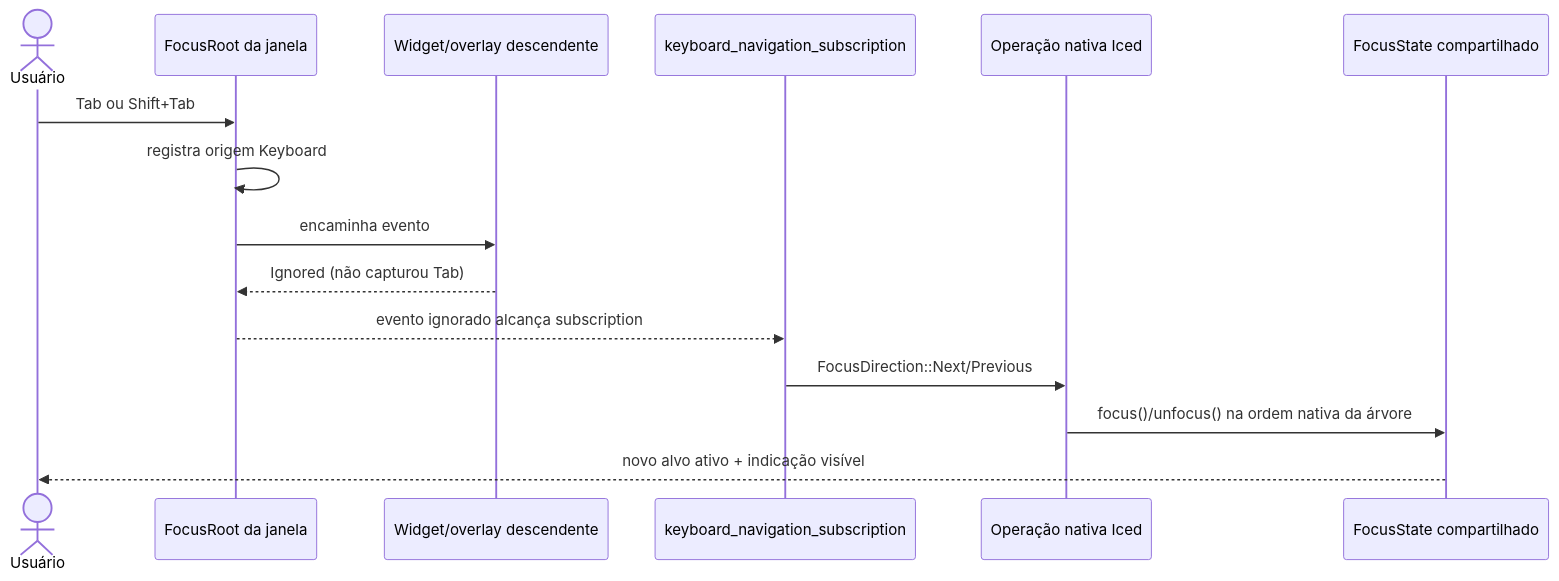
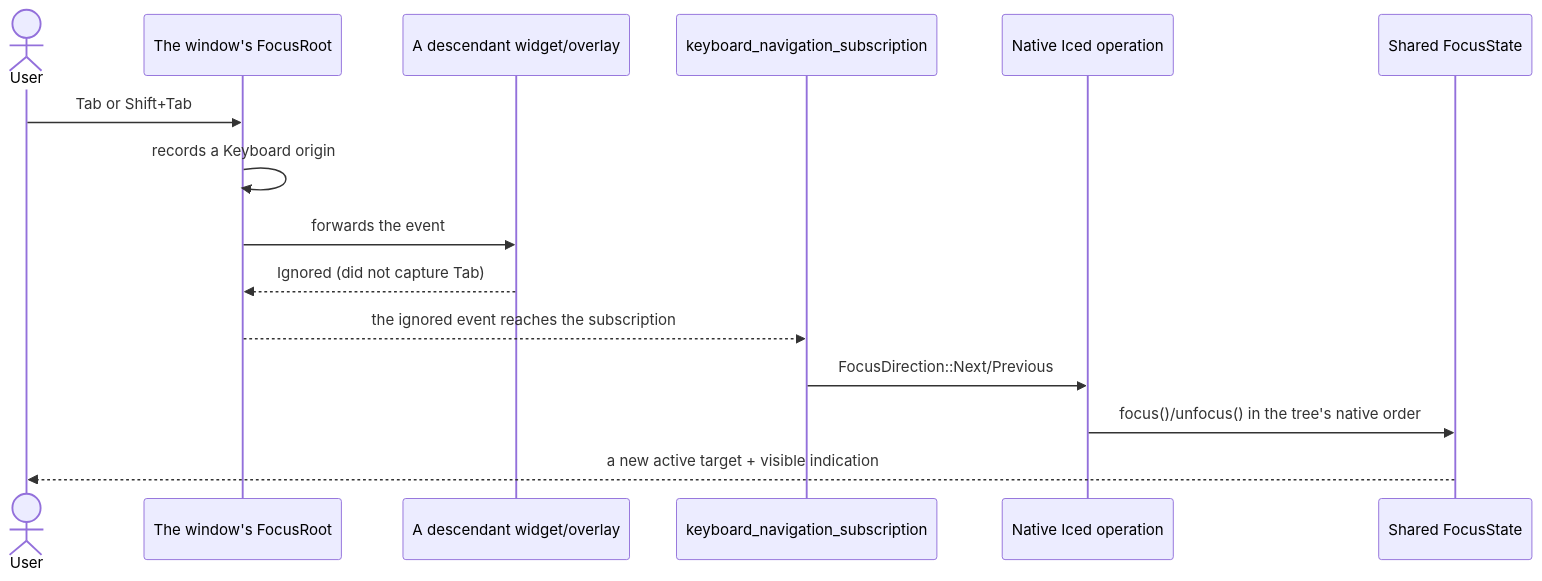
One commit to JirlanSouza/nive changed the fourth of 8 diagrams in docs/architecture/runtime-flows.md. Above: the diagram before and after it, drawn with Mermaid. The commit also changed other lines of this file and 15 other files, not shown here.

````diff
--- a/docs/architecture/runtime-flows.md
+++ b/docs/architecture/runtime-flows.md
@@ -111,18 +114,18 @@
 ```mermaid
 sequenceDiagram
-    actor User as Usuário
-    participant Root as FocusRoot da janela
-    participant Child as Widget/overlay descendente
+    actor User
+    participant Root as The window's FocusRoot
+    participant Child as A descendant widget/overlay
     participant Sub as keyboard_navigation_subscription
-    participant Iced as Operação nativa Iced
-    participant State as FocusState compartilhado
+    participant Iced as Native Iced operation
+    participant State as Shared FocusState
 
-    User->>Root: Tab ou Shift+Tab
-    Root->>Root: registra origem Keyboard
-    Root->>Child: encaminha evento
-    Child-->>Root: Ignored (não capturou Tab)
-    Root-->>Sub: evento ignorado alcança subscription
+    User->>Root: Tab or Shift+Tab
+    Root->>Root: records a Keyboard origin
+    Root->>Child: forwards the event
+    Child-->>Root: Ignored (did not capture Tab)
+    Root-->>Sub: the ignored event reaches the subscription
     Sub->>Iced: FocusDirection::Next/Previous
-    Iced->>State: focus()/unfocus() na ordem nativa da árvore
-    State-->>User: novo alvo ativo + indicação visível
+    Iced->>State: focus()/unfocus() in the tree's native order
+    State-->>User: a new active target + visible indication
 ```
````
